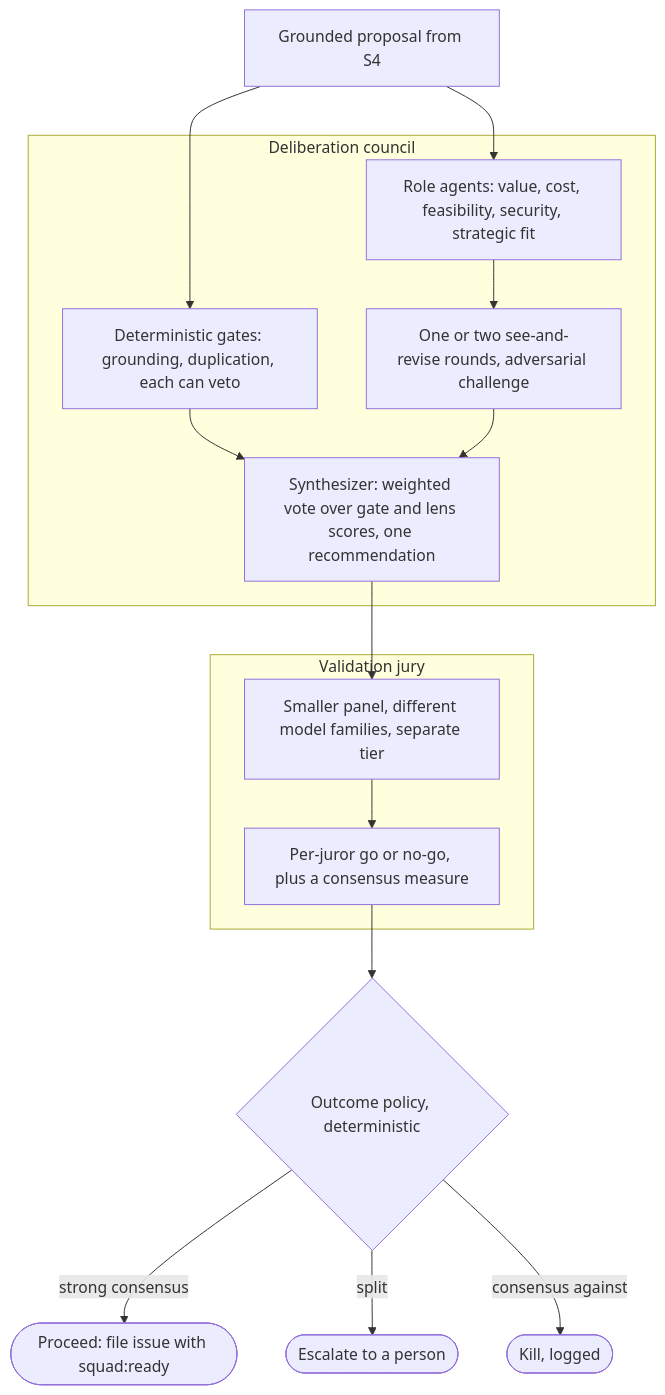
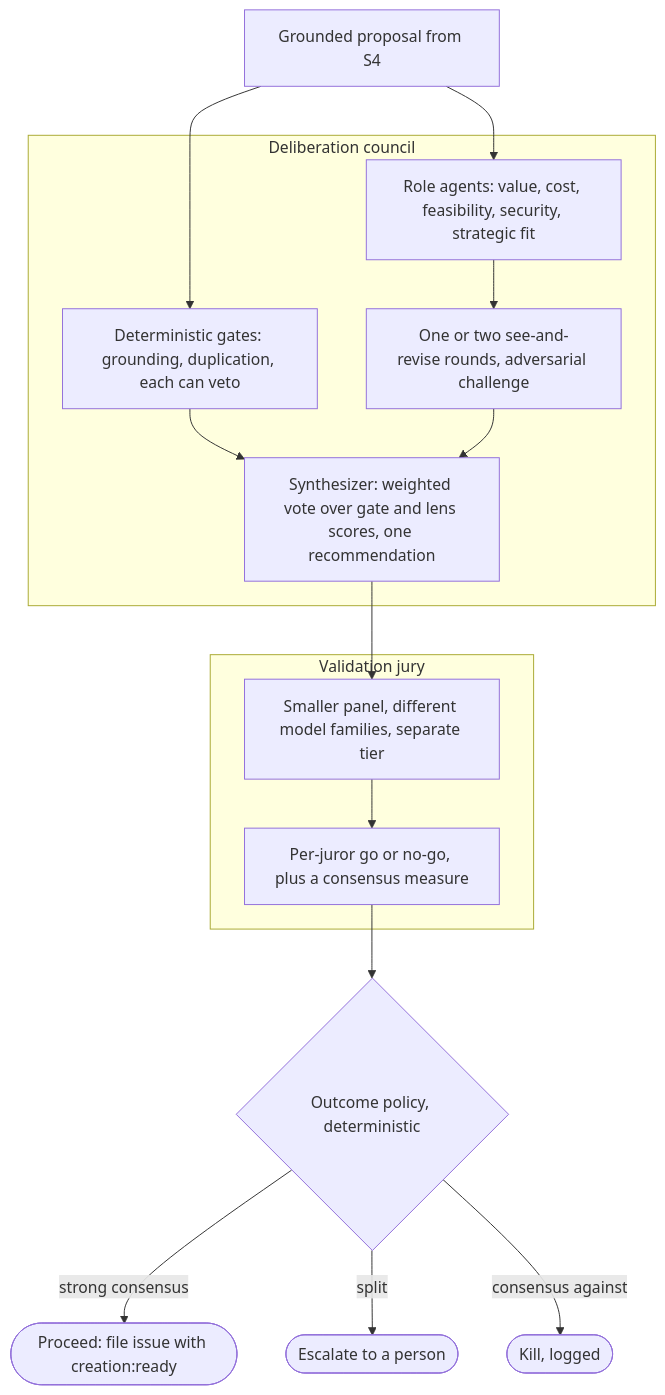
Before and after one commit to JoranBergfeld/dark-software-factory: the diagram in docs/site/concept/feature-council.md, drawn with Mermaid. The commit also changed other lines of this file and 8 other files, not shown here.

First line of the commit message:
refactor(core): rename handoff label squad:ready -> creation:ready

````diff
--- a/docs/site/concept/feature-council.md
+++ b/docs/site/concept/feature-council.md
@@ -63,25 +63,25 @@
 ```mermaid
 flowchart TD
     prop["Grounded proposal from S4"] --> gates
     prop --> lenses
 
     subgraph deliberate [Deliberation council]
         gates["Deterministic gates: grounding, duplication, each can veto"]
         lenses["Role agents: value, cost, feasibility, security, strategic fit"]
         lenses --> rounds["One or two see-and-revise rounds, adversarial challenge"]
         gates --> synth
         rounds --> synth["Synthesizer: weighted vote over gate and lens scores, one recommendation"]
     end
 
     synth --> panel
 
     subgraph validate [Validation jury]
         panel["Smaller panel, different model families, separate tier"]
         panel --> verdict["Per-juror go or no-go, plus a consensus measure"]
     end
 
     verdict --> policy{"Outcome policy, deterministic"}
-    policy -->|strong consensus| proceed(["Proceed: file issue with squad:ready"])
+    policy -->|strong consensus| proceed(["Proceed: file issue with creation:ready"])
     policy -->|split| escalate(["Escalate to a person"])
     policy -->|consensus against| kill(["Kill, logged"])
 ```
````
